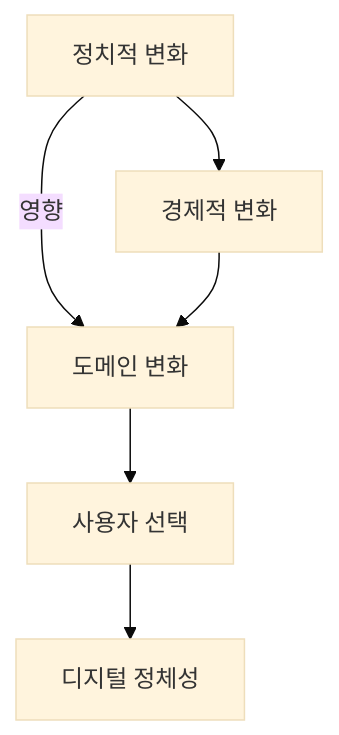
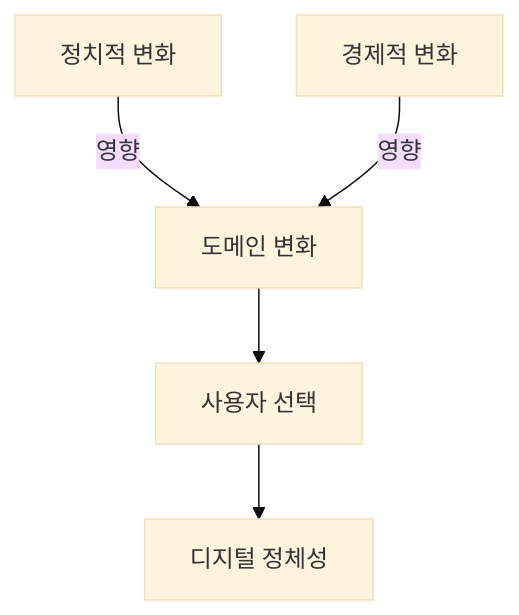
One commit to 42jerrykim/42jerrykim.github.io changed the seventh of 12 diagrams in content/post/2024/2024-10-17-internet-io-domain/index.md. Above: the diagram before and after it, drawn with Mermaid (base theme). The commit also changed other lines of this file and 239 other files, not shown here.

````diff
--- a/content/post/2024/2024-10-17-internet-io-domain/index.md
+++ b/content/post/2024/2024-10-17-internet-io-domain/index.md
@@ -308,8 +272,12 @@
 ```mermaid
-graph TD;
-    A[정치적 변화] -->|영향| B[도메인 변화]
-    B --> C[사용자 선택]
-    C --> D[디지털 정체성]
-    A --> E[경제적 변화]
-    E --> B
+graph TD
+  PolChange["정치적 변화"]
+  EconChange["경제적 변화"]
+  DomainChange["도메인 변화"]
+  UserChoice["사용자 선택"]
+  DigitalId["디지털 정체성"]
+  PolChange -->|"영향"| DomainChange
+  EconChange -->|"영향"| DomainChange
+  DomainChange --> UserChoice
+  UserChoice --> DigitalId
 ```
````
